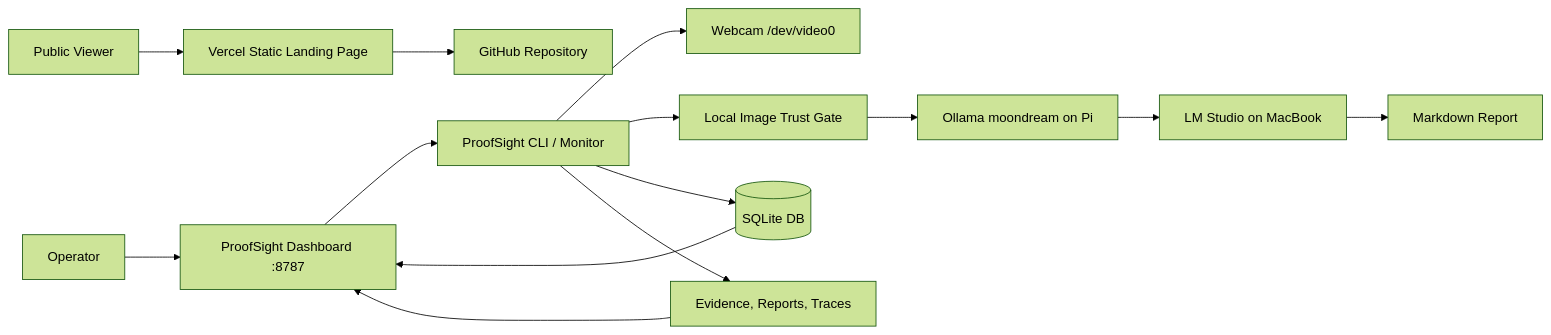
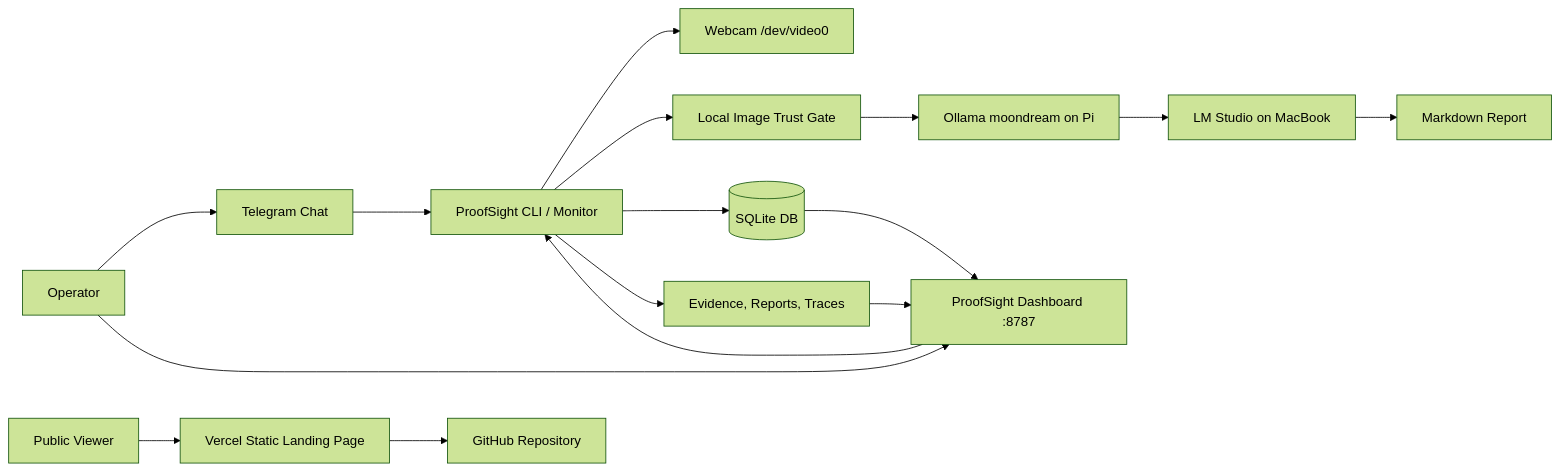
One commit to MasteraSnackin/ProofSight changed the diagram in README.md. Above: the diagram before and after it, drawn with Mermaid (forest theme). The commit also changed other lines of this file, not shown here.

Commit message:
Document Telegram operation in README

````diff
--- a/README.md
+++ b/README.md
@@ -71,16 +75,18 @@
 ```mermaid
 flowchart LR
-  Operator[Operator] --> Dashboard[ProofSight Dashboard :8787]
+  Operator[Operator] --> Telegram[Telegram Chat]
+  Operator --> Dashboard[ProofSight Dashboard :8787]
+  Telegram --> Agent[ProofSight CLI / Monitor]
   Dashboard --> Agent[ProofSight CLI / Monitor]
   Agent --> Camera[Webcam /dev/video0]
   Agent --> Gate[Local Image Trust Gate]
   Gate --> Vision[Ollama moondream on Pi]
   Vision --> Reasoning[LM Studio on MacBook]
   Reasoning --> Report[Markdown Report]
   Agent --> Store[(SQLite DB)]
   Agent --> Files[Evidence, Reports, Traces]
   Files --> Dashboard
   Store --> Dashboard
   Public[Public Viewer] --> Vercel[Vercel Static Landing Page]
   Vercel --> Repo[GitHub Repository]
 ```
````
